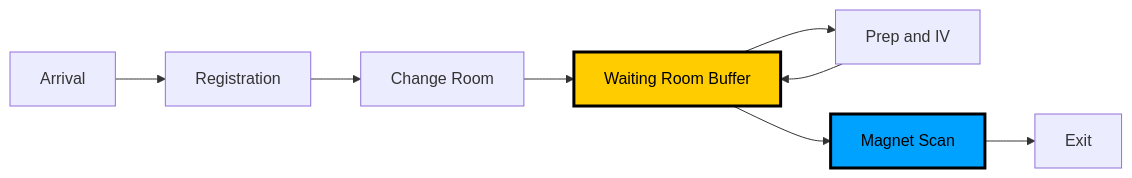
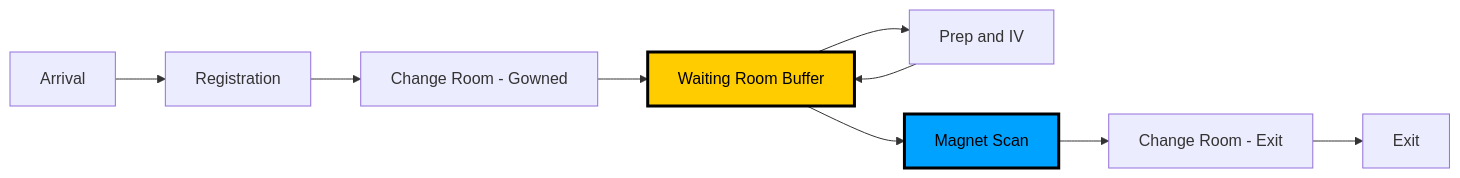
Before and after one commit to bhavik-knight/5560-MRI-Project: the diagram in README.md, drawn with Mermaid. The commit also changed 1 other file, not shown here.

Commit message:
update: readme / walkthrough so that on github it can be read

````diff
--- a/README.md
+++ b/README.md
@@ -28,13 +28,14 @@
 ```mermaid
 graph LR;
   A[Arrival] --> B[Registration];
-  B --> C[Change Room];
+  B --> C[Change Room - Gowned];
   C --> D[Waiting Room Buffer];
   D --> E[Prep and IV];
   E --> D;
   D --> F[Magnet Scan];
-  F --> G[Exit];
+  F --> H[Change Room - Exit];
+  H --> G[Exit];
 
   style D fill:#ffcc00,stroke:#000,stroke-width:3px,color:#000;
   style F fill:#00a2ff,stroke:#000,stroke-width:3px,color:#000;
 ```
````
